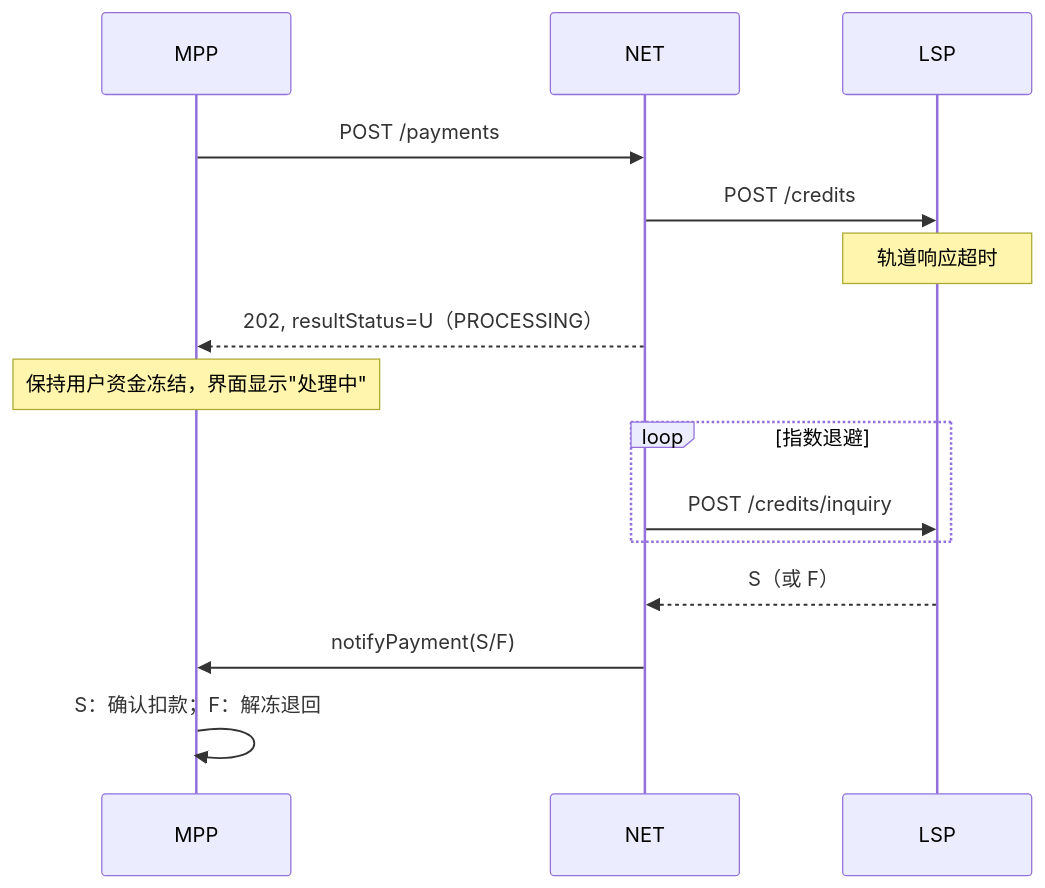
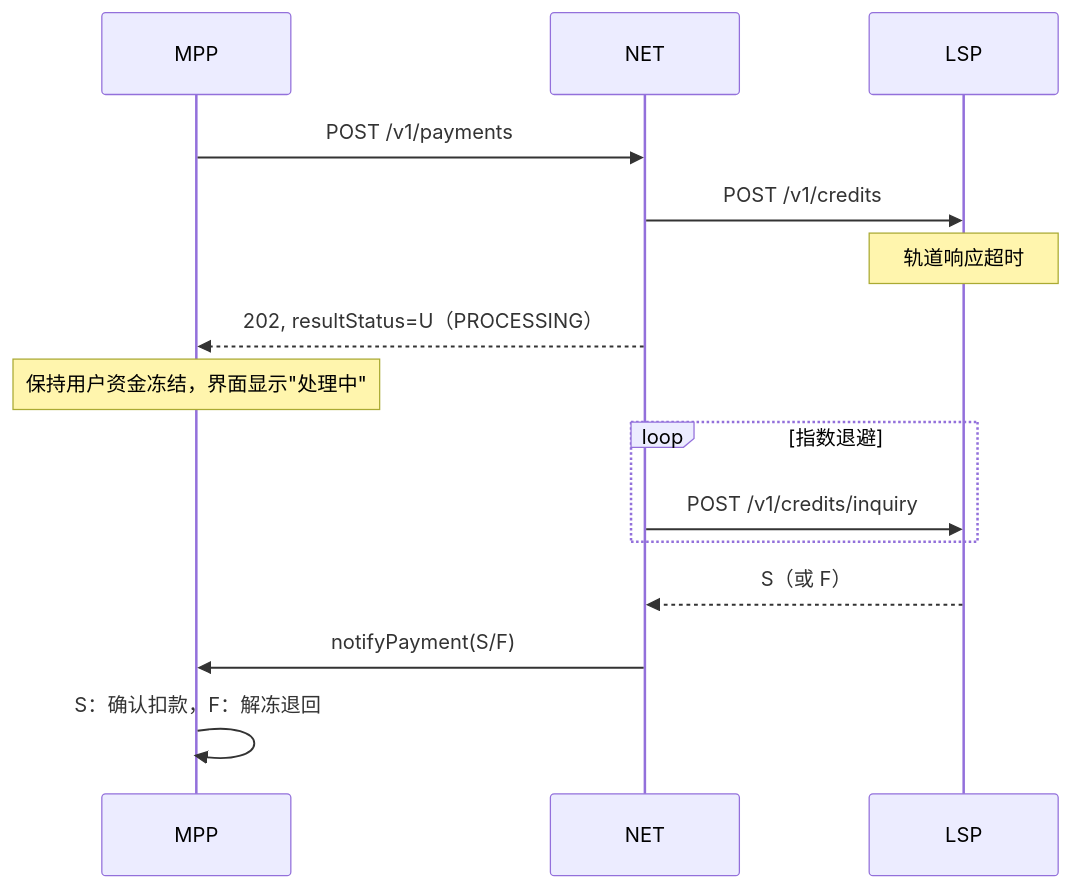
The second of 3 diagrams in docs/03-payment-flows.md (inspiryroy/roy), drawn with Mermaid before and after one commit. The commit also changed other lines of this file and 12 other files, not shown here.

````diff
--- a/docs/03-payment-flows.md
+++ b/docs/03-payment-flows.md
@@ -68,17 +79,17 @@
 ```mermaid
 sequenceDiagram
     participant M as MPP
     participant N as NET
     participant L as LSP
-    M->>N: POST /payments
-    N->>L: POST /credits
+    M->>N: POST /v1/payments
+    N->>L: POST /v1/credits
     Note over L: 轨道响应超时
     N-->>M: 202, resultStatus=U（PROCESSING）
     Note over M: 保持用户资金冻结，界面显示"处理中"
     loop 指数退避
-        N->>L: POST /credits/inquiry
+        N->>L: POST /v1/credits/inquiry
     end
     L-->>N: S（或 F）
     N->>M: notifyPayment(S/F)
-    M->>M: S：确认扣款；F：解冻退回
+    M->>M: S：确认扣款，F：解冻退回
 ```
````
